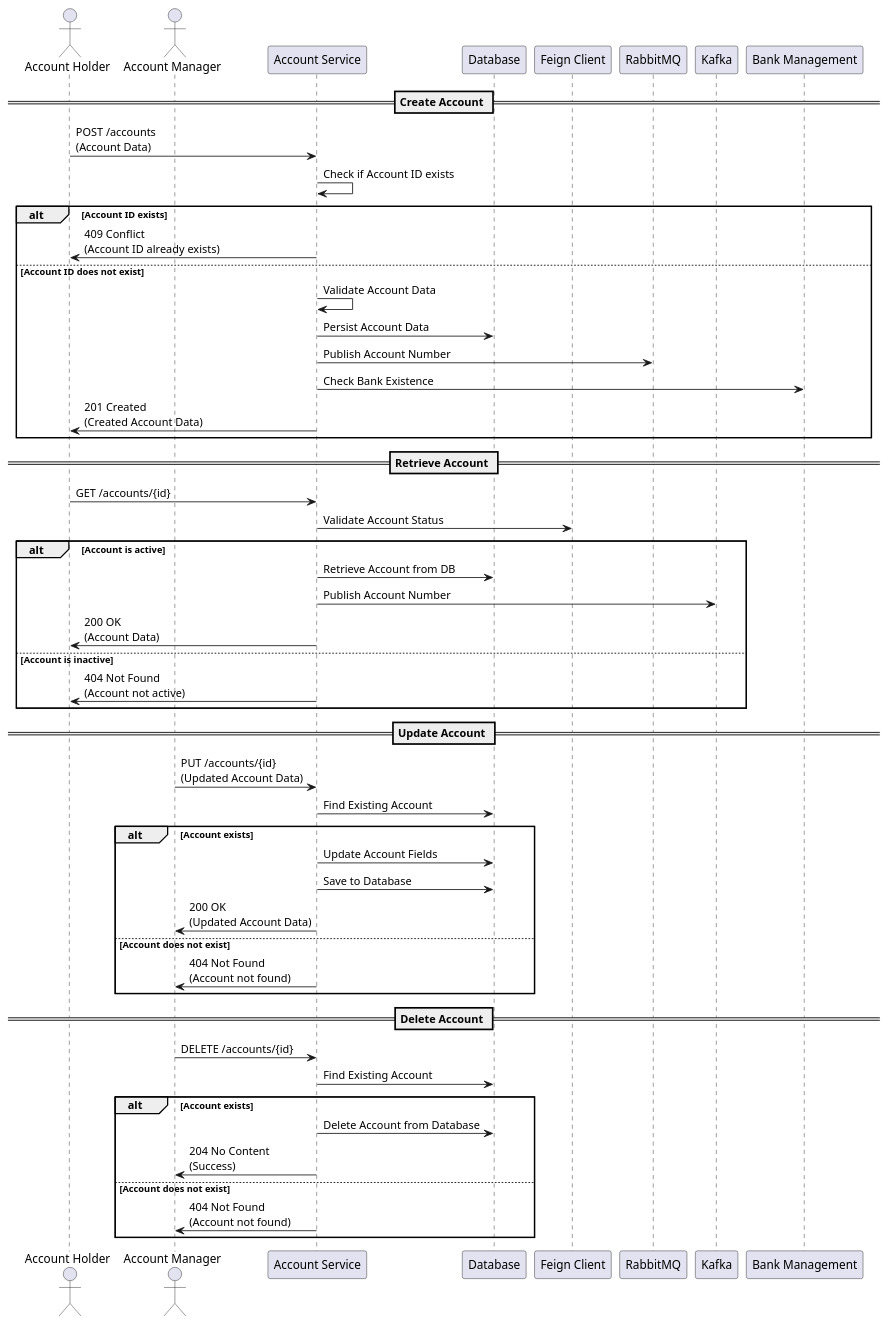
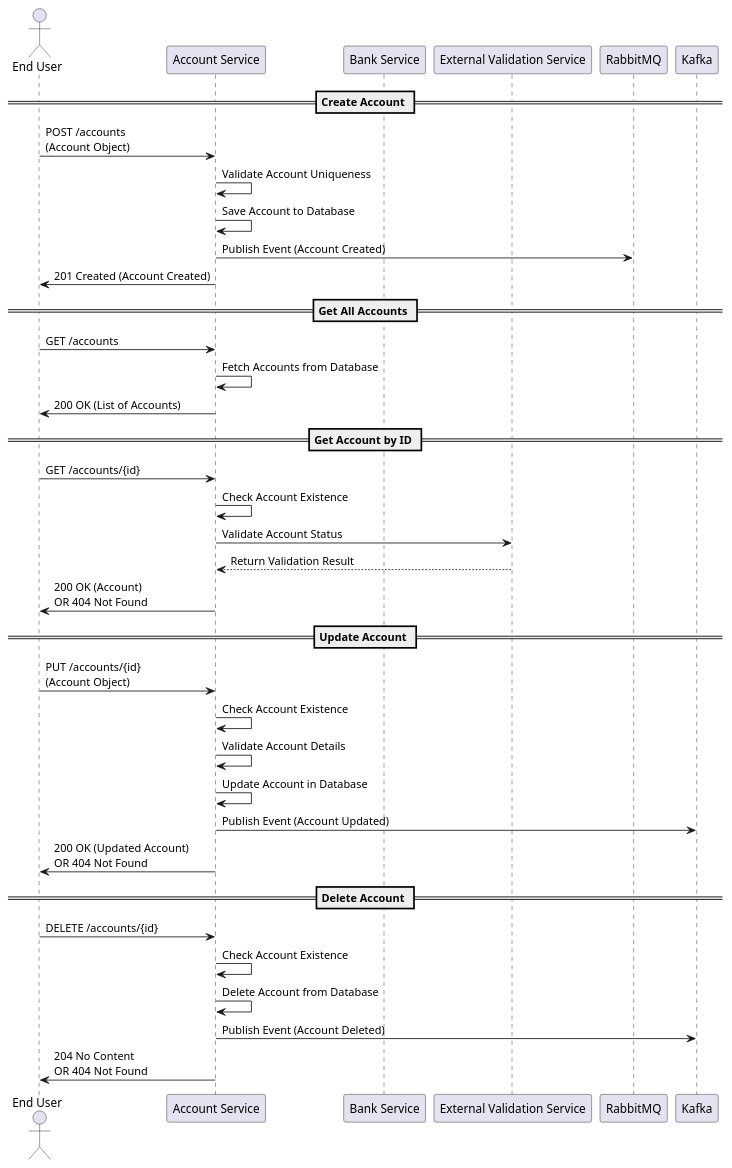
Before and after one commit to Bhaskar-Pavan/AccountService: the diagram in design_document/AccountService.md, drawn with PlantUML. The commit also changed other lines of this file, not shown here.

````diff
--- a/design_document/AccountService.md
+++ b/design_document/AccountService.md
@@ -37,58 +36,46 @@
 ```plantuml
 @startuml
-actor "Account Holder" as AH
-actor "Account Manager" as AM
-participant "Account Service" as AS
-participant "Database" as DB
-participant "Feign Client" as FC
-participant "RabbitMQ" as RMQ
-participant "Kafka" as KAFKA
-participant "Bank Management" as BM
+
+actor "End User" as User
+participant "Account Service" as AccountService
+participant "Bank Service" as BankService
+participant "External Validation Service" as ValidationService
+participant "RabbitMQ" as RabbitMQ
+participant "Kafka" as Kafka
 
 == Create Account ==
-AH -> AS : POST /accounts\n(Account Data)
-AS -> AS : Check if Account ID exists
-alt Account ID exists
-    AS -> AH : 409 Conflict\n(Account ID already exists)
-else Account ID does not exist
-    AS -> AS : Validate Account Data
-    AS -> DB : Persist Account Data
-    AS -> RMQ : Publish Account Number
-    AS -> BM : Check Bank Existence
-    AS -> AH : 201 Created\n(Created Account Data)
-end
+User -> AccountService : POST /accounts\n(Account Object)
+AccountService -> AccountService : Validate Account Uniqueness
+AccountService -> AccountService : Save Account to Database
+AccountService -> RabbitMQ : Publish Event (Account Created)
+AccountService -> User : 201 Created (Account Created)
 
-== Retrieve Account ==
-AH -> AS : GET /accounts/{id}
-AS -> FC : Validate Account Status
-alt Account is active
-    AS -> DB : Retrieve Account from DB
-    AS -> KAFKA : Publish Account Number
-    AS -> AH : 200 OK\n(Account Data)
-else Account is inactive
-    AS -> AH : 404 Not Found\n(Account not active)
-end
+== Get All Accounts ==
+User -> AccountService : GET /accounts
+AccountService -> AccountService : Fetch Accounts from Database
+AccountService -> User : 200 OK (List of Accounts)
+
+== Get Account by ID ==
+User -> AccountService : GET /accounts/{id}
+AccountService -> AccountService : Check Account Existence
+AccountService -> ValidationService : Validate Account Status
+ValidationService --> AccountService : Return Validation Result
+AccountService -> User : 200 OK (Account)\nOR 404 Not Found
 
 == Update Account ==
-AM -> AS : PUT /accounts/{id}\n(Updated Account Data)
-AS -> DB : Find Existing Account
-alt Account exists
-    AS -> DB : Update Account Fields
-    AS -> DB : Save to Database
-    AS -> AM : 200 OK\n(Updated Account Data)
-else Account does not exist
-    AS -> AM : 404 Not Found\n(Account not found)
-end
+User -> AccountService : PUT /accounts/{id}\n(Account Object)
+AccountService -> AccountService : Check Account Existence
+AccountService -> AccountService : Validate Account Details
+AccountService -> AccountService : Update Account in Database
+AccountService -> Kafka : Publish Event (Account Updated)
+AccountService -> User : 200 OK (Updated Account)\nOR 404 Not Found
 
 == Delete Account ==
-AM -> AS : DELETE /accounts/{id}
-AS -> DB : Find Existing Account
-alt Account exists
-    AS -> DB : Delete Account from Database
-    AS -> AM : 204 No Content\n(Success)
-else Account does not exist
-    AS -> AM : 404 Not Found\n(Account not found)
-end
+User -> AccountService : DELETE /accounts/{id}
+AccountService -> AccountService : Check Account Existence
+AccountService -> AccountService : Delete Account from Database
+AccountService -> Kafka : Publish Event (Account Deleted)
+AccountService -> User : 204 No Content\nOR 404 Not Found
 
 @enduml
 ```
````
